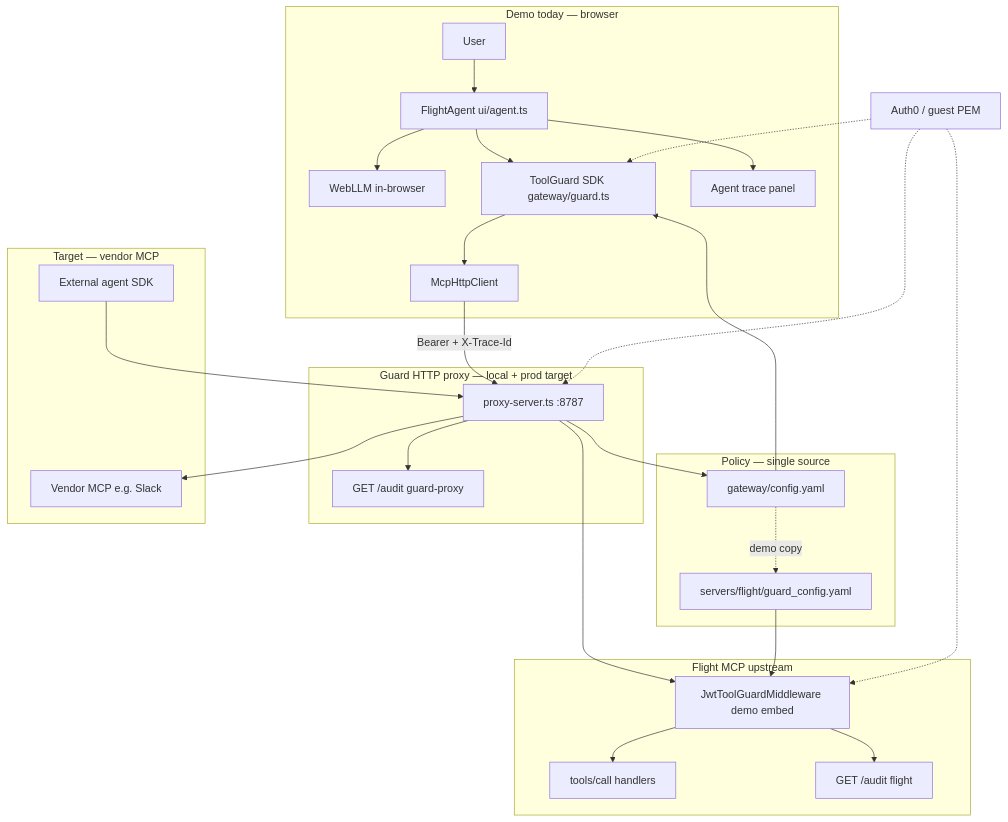
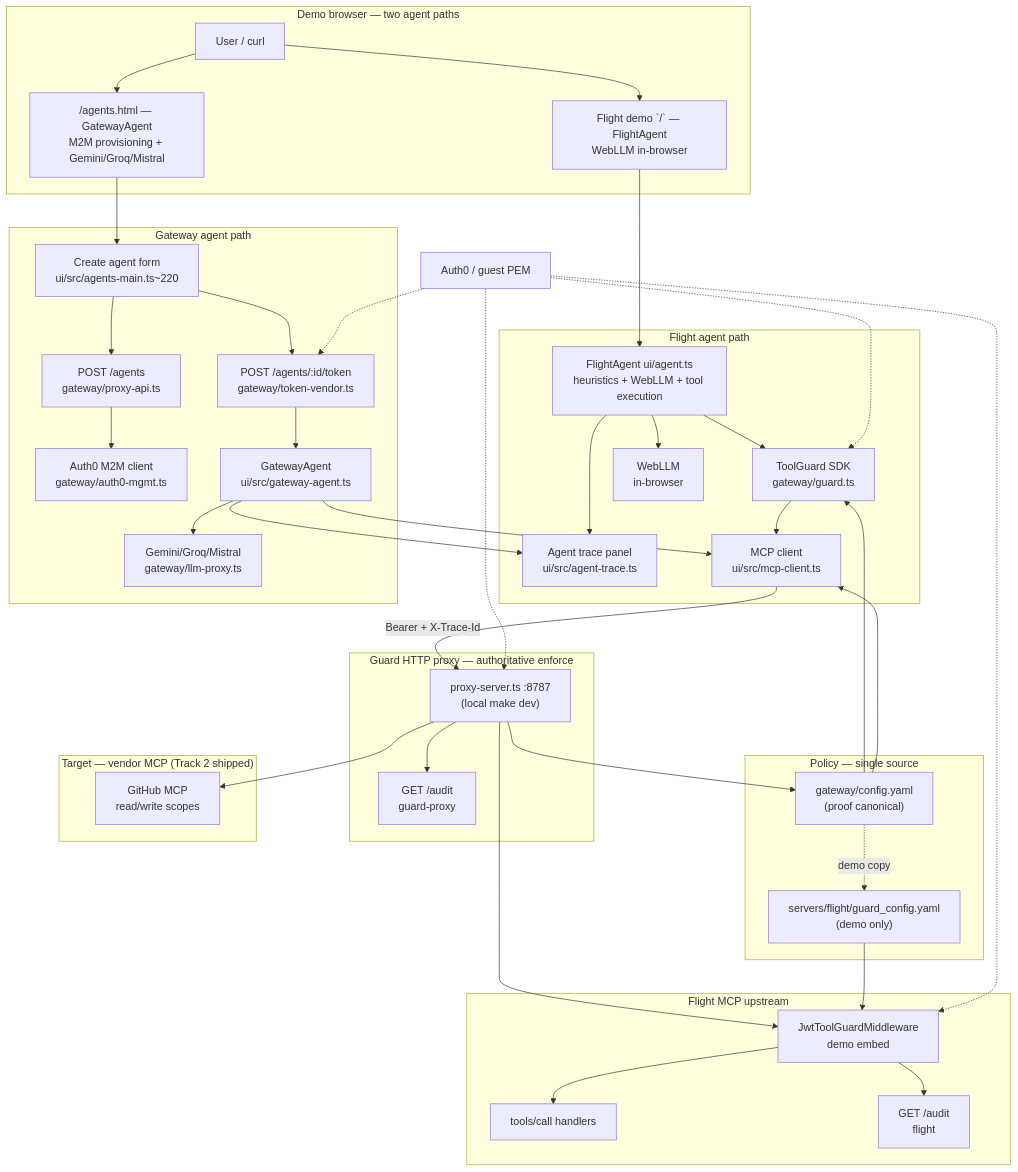
The first of 4 diagrams in docs/ARCHITECTURE.md (peterkrentel/mcp-tool-guard), drawn with Mermaid before and after one commit. The commit also changed other lines of this file and 1 other file, not shown here.

Commit message:
docs(architecture): comprehensive refresh - document GatewayAgent flow and agent paths

````diff
--- a/docs/ARCHITECTURE.md
+++ b/docs/ARCHITECTURE.md
@@ -11,51 +11,74 @@
 ```mermaid
 flowchart TB
-  subgraph demo ["Demo today — browser"]
-    User[User]
-    WebLLM[WebLLM in-browser]
-    Agent[FlightAgent ui/agent.ts]
-    TG[ToolGuard SDK gateway/guard.ts]
-    Trace[Agent trace panel]
-    MCPc[McpHttpClient]
-    User --> Agent
-    Agent --> WebLLM
-    Agent --> Trace
-    Agent --> TG
+  subgraph demo ["Demo browser — two agent paths"]
+    User[User / curl]
+    FlightDemo["Flight demo `/` — FlightAgent<br/>WebLLM in-browser"]
+    AgentGateway["/agents.html — GatewayAgent<br/>M2M provisioning + Gemini/Groq/Mistral"]
+    User --> FlightDemo
+    User --> AgentGateway
+  end
+
+  subgraph flight_path ["Flight agent path"]
+    FlightAgent["FlightAgent ui/agent.ts<br/>heuristics + WebLLM + tool execution"]
+    TG["ToolGuard SDK<br/>gateway/guard.ts"]
+    Trace["Agent trace panel<br/>ui/src/agent-trace.ts"]
+    MCPc["MCP client<br/>ui/src/mcp-client.ts"]
+    FlightDemo --> FlightAgent
+    FlightAgent --> WebLLM["WebLLM<br/>in-browser"]
+    FlightAgent --> Trace
+    FlightAgent --> TG
     TG --> MCPc
   end
 
-  subgraph policy ["Policy — single source"]
-    YAML[gateway/config.yaml]
-    YAML --> TG
-    YAML -.->|demo copy| FlightYaml[servers/flight/guard_config.yaml]
+  subgraph gateway_path ["Gateway agent path"]
+    GatewayUI["Create agent form<br/>ui/src/agents-main.ts~220"]
+    CreateAgent["POST /agents<br/>gateway/proxy-api.ts"]
+    VendToken["POST /agents/:id/token<br/>gateway/token-vendor.ts"]
+    Auth0Client["Auth0 M2M client<br/>gateway/auth0-mgmt.ts"]
+    GatewayAgent["GatewayAgent<br/>ui/src/gateway-agent.ts"]
+    Gemini["Gemini/Groq/Mistral<br/>gateway/llm-proxy.ts"]
+    AgentGateway --> GatewayUI
+    GatewayUI --> CreateAgent
+    CreateAgent --> Auth0Client
+    GatewayUI --> VendToken
+    VendToken --> GatewayAgent
+    GatewayAgent --> Trace
+    GatewayAgent --> Gemini
+    GatewayAgent --> MCPc
   end
 
-  subgraph proxy ["Guard HTTP proxy — local + prod target"]
-    Proxy[proxy-server.ts :8787]
-    ProxyAudit[GET /audit guard-proxy]
+  subgraph policy ["Policy — single source"]
+    YAML["gateway/config.yaml<br/>(proof canonical)"]
+    YAML --> TG
+    YAML --> MCPc
+    YAML -.->|demo copy| FlightYaml["servers/flight/guard_config.yaml<br/>(demo only)"]
+  end
+
+  subgraph proxy ["Guard HTTP proxy — authoritative enforce"]
+    Proxy["proxy-server.ts :8787<br/>(local make dev)"]
+    ProxyAudit["GET /audit<br/>guard-proxy"]
     MCPc -->|Bearer + X-Trace-Id| Proxy
     Proxy --> YAML
     Proxy --> ProxyAudit
   end
 
   subgraph flight ["Flight MCP upstream"]
-    MW[JwtToolGuardMiddleware demo embed]
-    Tools[tools/call handlers]
-    FlightAudit[GET /audit flight]
+    MW["JwtToolGuardMiddleware<br/>demo embed"]
+    Tools["tools/call handlers"]
+    FlightAudit["GET /audit<br/>flight"]
     Proxy --> MW
     MW --> Tools
     MW --> FlightAudit
     FlightYaml --> MW
   end
 
-  subgraph vendor ["Target — vendor MCP"]
-    Vendor[Vendor MCP e.g. Slack]
-    ExtAgent[External agent SDK]
-    ExtAgent --> Proxy
-    Proxy --> Vendor
+  subgraph vendor ["Target — vendor MCP (Track 2 shipped)"]
+    GitHub["GitHub MCP<br/>read/write scopes"]
+    Proxy --> GitHub
   end
 
-  IdP[Auth0 / guest PEM] -.-> TG
+  IdP["Auth0 / guest PEM"] -.-> TG
+  IdP -.-> VendToken
   IdP -.-> Proxy
   IdP -.-> MW
 ```
````
